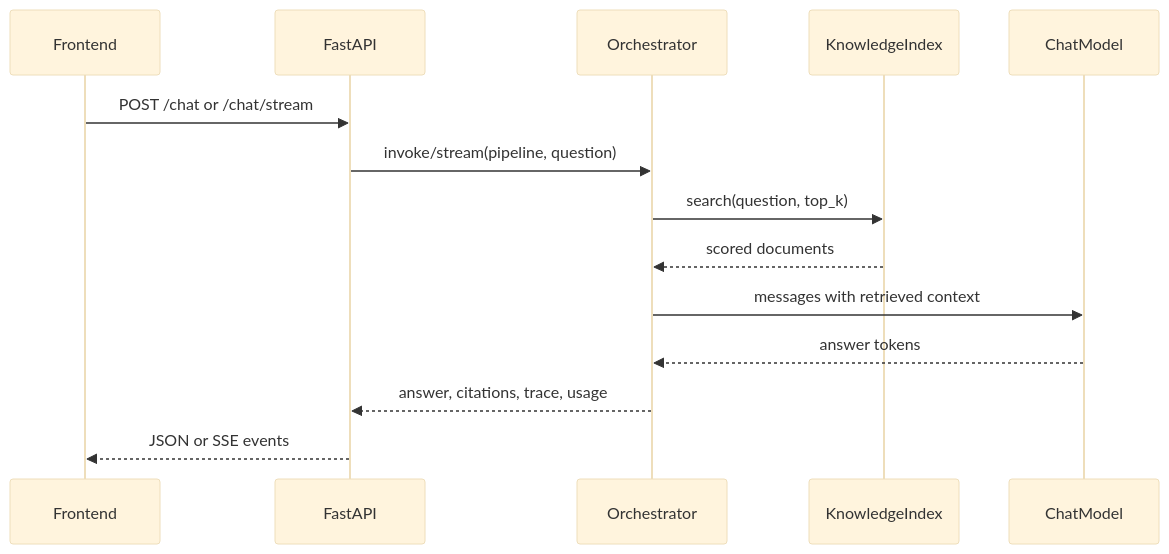
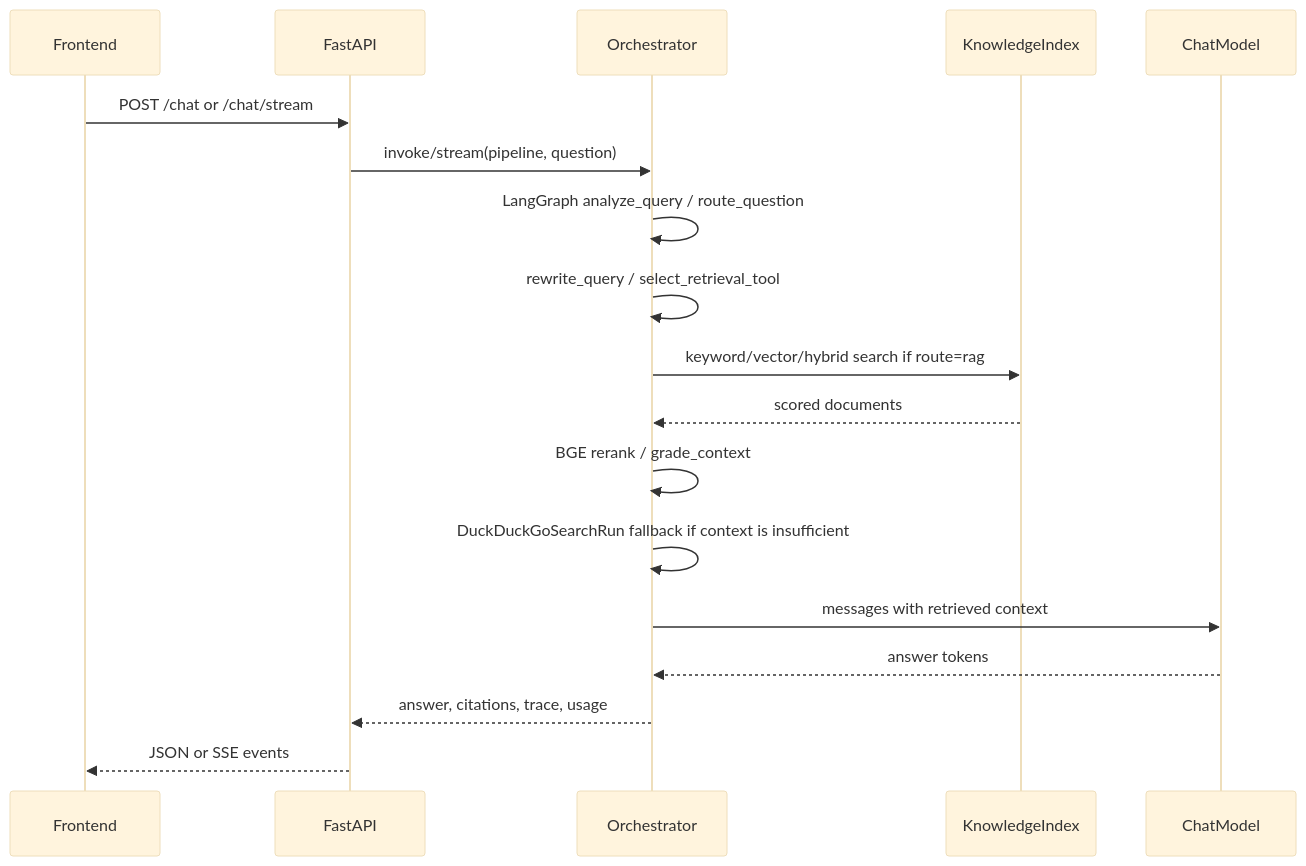
The diagram in docs/ARCHITECTURE.md (grant0808/RAG_Platform), drawn with Mermaid (base theme) before and after one commit. The commit also changed other lines of this file and 35 other files, not shown here.

Commit message:
Fix: RAG(Web Search, Query write, RRF, Reranker)

````diff
--- a/docs/ARCHITECTURE.md
+++ b/docs/ARCHITECTURE.md
@@ -21,17 +28,21 @@
 ```mermaid
 sequenceDiagram
     participant UI as Frontend
     participant API as FastAPI
     participant RAG as Orchestrator
     participant IDX as KnowledgeIndex
     participant LLM as ChatModel
 
     UI->>API: POST /chat or /chat/stream
     API->>RAG: invoke/stream(pipeline, question)
-    RAG->>IDX: search(question, top_k)
+    RAG->>RAG: LangGraph analyze_query / route_question
+    RAG->>RAG: rewrite_query / select_retrieval_tool
+    RAG->>IDX: keyword/vector/hybrid search if route=rag
     IDX-->>RAG: scored documents
+    RAG->>RAG: BGE rerank / grade_context
+    RAG->>RAG: DuckDuckGoSearchRun fallback if context is insufficient
     RAG->>LLM: messages with retrieved context
     LLM-->>RAG: answer tokens
     RAG-->>API: answer, citations, trace, usage
     API-->>UI: JSON or SSE events
 ```
````
